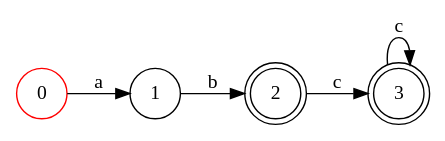
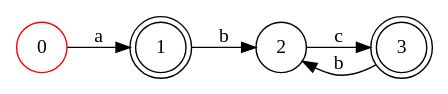
Before and after one commit to RaphaelNY/HDU_Compilation_Experiment: the diagram in dfa.dot, drawn with Graphviz. The commit also changed 4 other files, not shown here.

```diff
--- a/dfa.dot
+++ b/dfa.dot
@@ -1,13 +1,13 @@
 digraph DFA {
     rankdir=LR;
     node [shape = circle];
-    2 [shape = doublecircle];
+    1 [shape = doublecircle];
     3 [shape = doublecircle];
     0 [shape = circle];
     0 -> 1 [label="a"];
-    1 [shape = circle];
     1 -> 2 [label="b"];
+    2 [shape = circle];
     2 -> 3 [label="c"];
-    3 -> 3 [label="c"];
+    3 -> 2 [label="b"];
     0 [color=red];
 }
```
